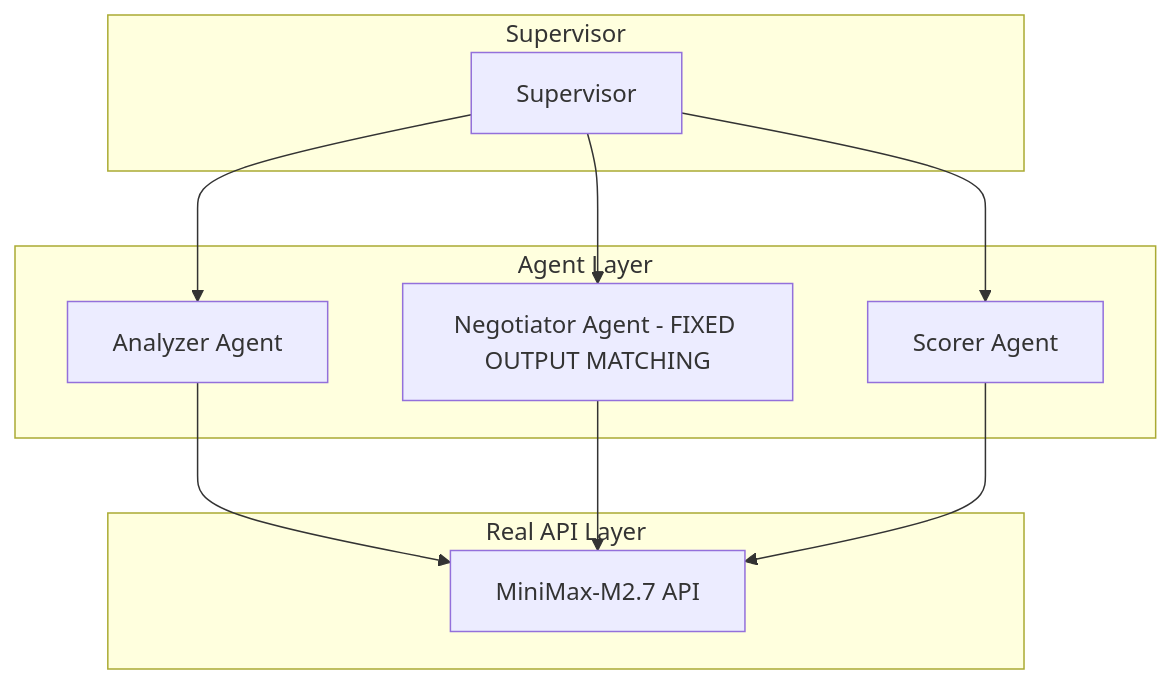
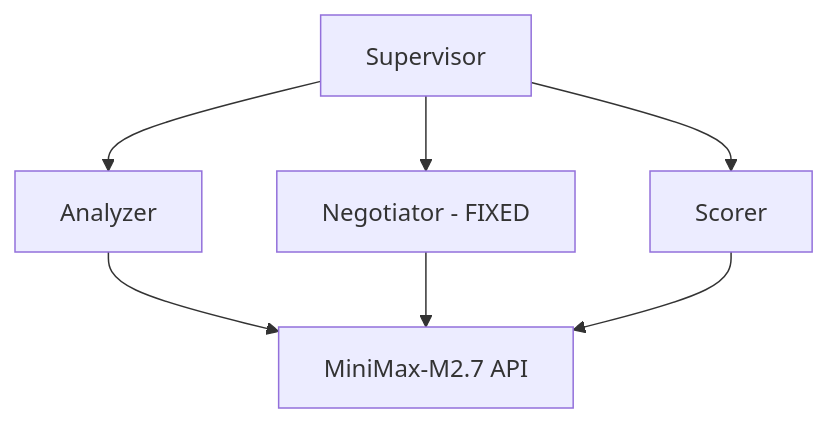
Before and after one commit to xiangbianpangde/mas-evolution-test: the diagram in README.md, drawn with Mermaid. The commit also changed other lines of this file, not shown here.

Commit message:
[v4.0] Gen402 - output matching fixed, full benchmark needs ~22min

````diff
--- a/README.md
+++ b/README.md
@@ -45,20 +39,8 @@
 ```mermaid
 graph TB
-    subgraph "Real API Layer"
-        LLM[MiniMax-M2.7 API]
-    end
-    
-    subgraph "Agent Layer"
-        A[Analyzer Agent]
-        N[Negotiator Agent - FIXED OUTPUT MATCHING]
-        S[Scorer Agent]
-    end
-    
-    subgraph "Supervisor"
-        SUP[Supervisor]
-    end
-    
-    SUP --> A --> LLM
-    SUP --> N --> LLM
-    SUP --> S --> LLM
+    LLM[MiniMax-M2.7 API]
+    A[Analyzer] --> LLM
+    N[Negotiator - FIXED] --> LLM
+    S[Scorer] --> LLM
+    SUP[Supervisor] --> A & N & S
 ```
````
